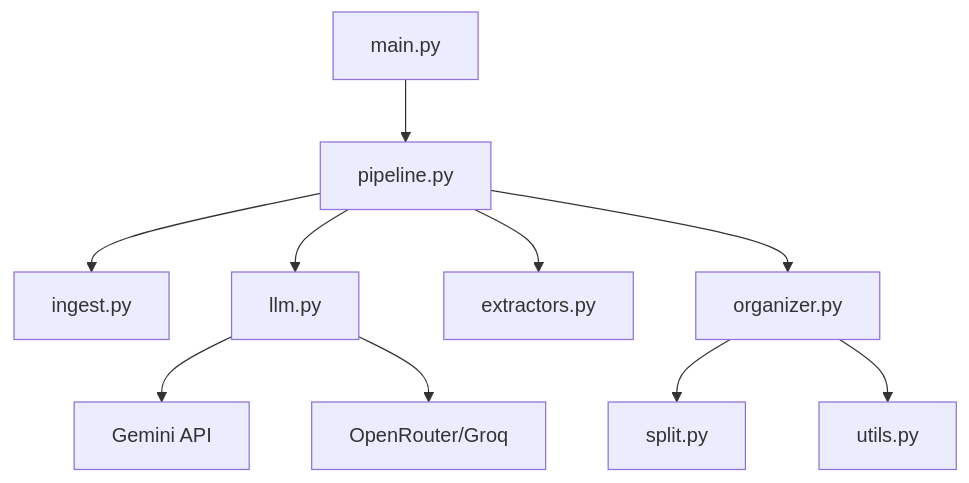
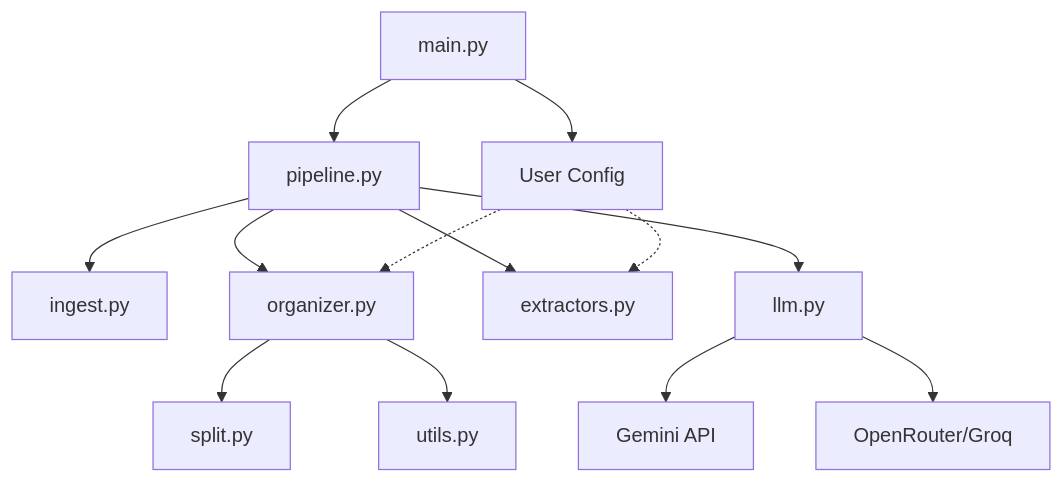
Before and after one commit to emadprograms/file-organizer: the diagram in docs/ARCHITECTURE.md, drawn with Mermaid. The commit also changed other lines of this file and 5 other files, not shown here.

````diff
--- a/docs/ARCHITECTURE.md
+++ b/docs/ARCHITECTURE.md
@@ -8,12 +8,15 @@
 ```mermaid
 graph TD
-    Main[main.py] --> Pipeline[pipeline.py]
+    Main[main.py] --> ConfigParser[User Config]
+    Main --> Pipeline[pipeline.py]
     Pipeline --> Ingest[ingest.py]
     Pipeline --> LLM[llm.py]
     Pipeline --> Extractors[extractors.py]
     Pipeline --> Organizer[organizer.py]
     LLM --> Gemini[Gemini API]
     LLM --> OpenRouter[OpenRouter/Groq]
     Organizer --> Split[split.py]
     Organizer --> Utils[utils.py]
+    ConfigParser -.-> Extractors
+    ConfigParser -.-> Organizer
 ```
````
